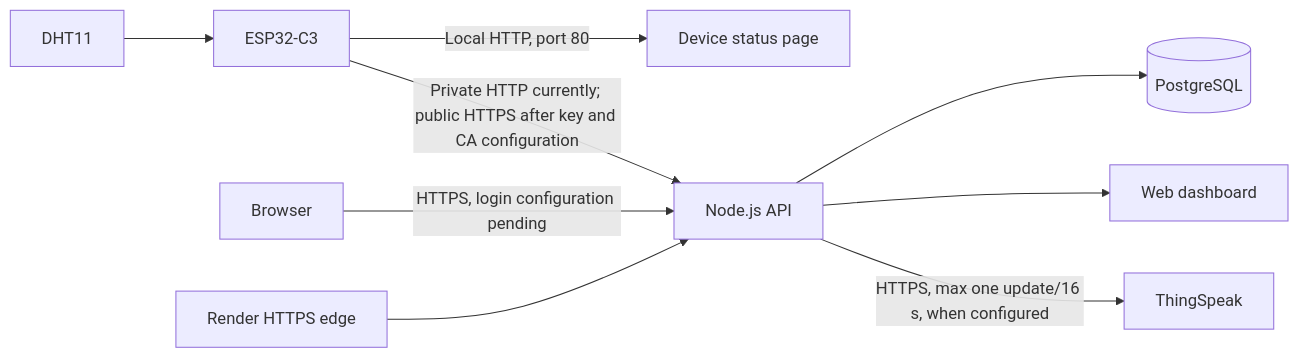
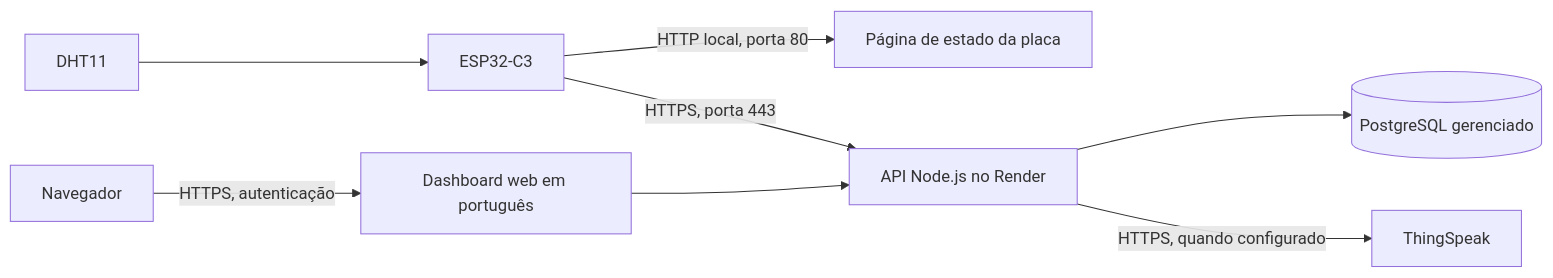
One commit to JoelsonJose/Monitoramento-de-Temperatura-e-Umidade changed the diagram in docs/architecture.md. Above: the diagram before and after it, drawn with Mermaid. The commit also changed other lines of this file and 14 other files, not shown here.

````diff
--- a/docs/architecture.md
+++ b/docs/architecture.md
@@ -3,11 +3,10 @@
 ```mermaid
 flowchart LR
   DHT11 --> ESP[ESP32-C3]
-  ESP -->|Local HTTP, port 80| WEB[Device status page]
-  ESP -->|Private HTTP currently; public HTTPS after key and CA configuration| API[Node.js API]
-  API --> DB[(PostgreSQL)]
-  Browser -->|HTTPS, login configuration pending| API
-  API --> DASH[Web dashboard]
-  RENDER[Render HTTPS edge] --> API
-  API -->|HTTPS, max one update/16 s, when configured| TS[ThingSpeak]
+  ESP -->|HTTP local, porta 80| WEB[Página de estado da placa]
+  ESP -->|HTTPS, porta 443| API[API Node.js no Render]
+  API --> DB[(PostgreSQL gerenciado)]
+  Browser[Navegador] -->|HTTPS, autenticação| DASH[Dashboard web em português]
+  DASH --> API
+  API -->|HTTPS, quando configurado| TS[ThingSpeak]
 ```
````
